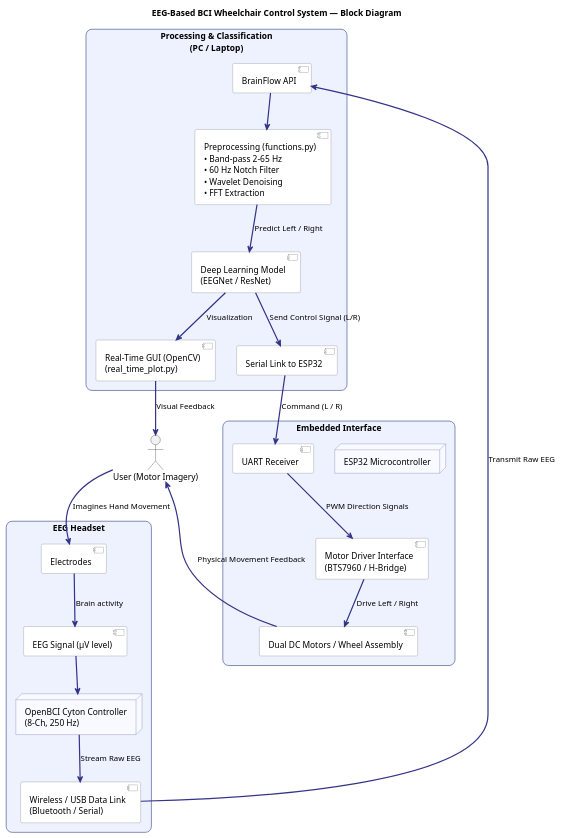
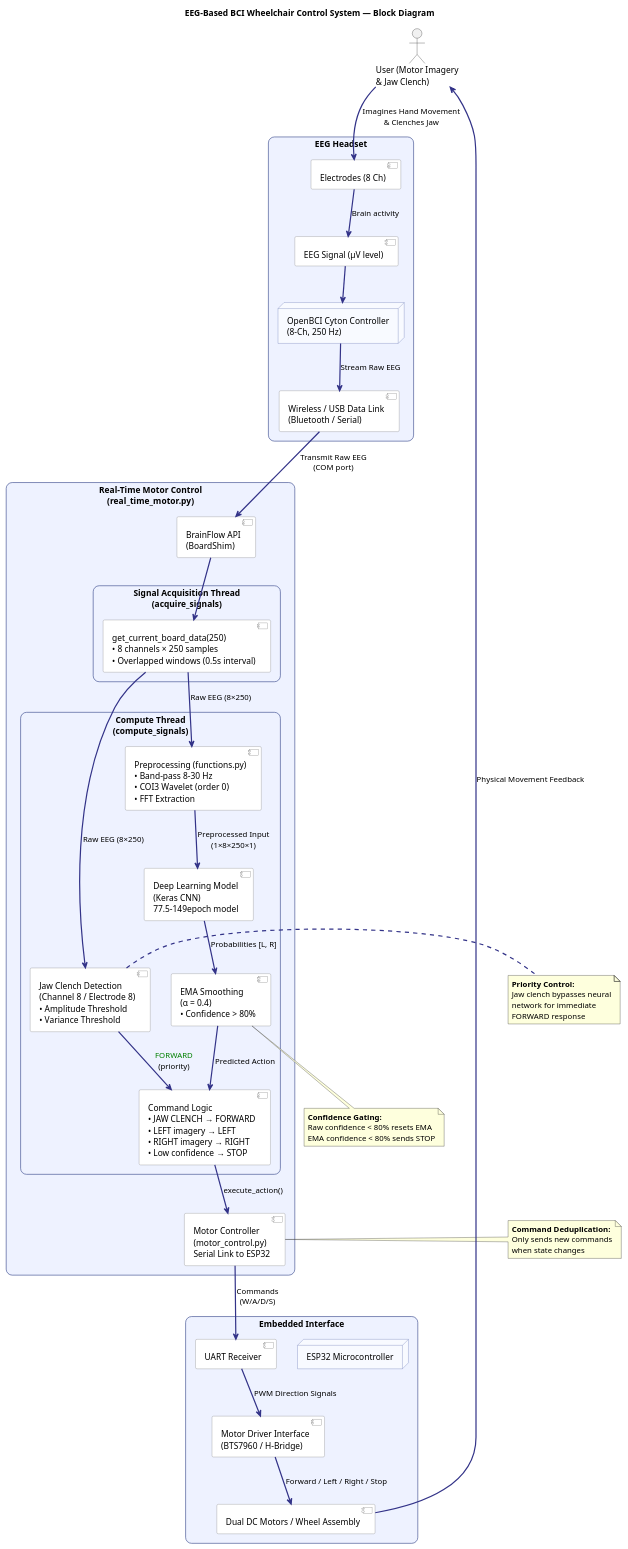
One commit to GreyMyers/EEG-Neural-Network changed the diagram in docs/flow.puml. Above: the diagram before and after it, drawn with PlantUML. The commit also changed 2 other files, not shown here.

Commit message:
updated flow and jaw function

```diff
--- a/docs/flow.puml
+++ b/docs/flow.puml
@@ -1,67 +1,103 @@
 @startuml
 title EEG-Based BCI Wheelchair Control System — Block Diagram
 
 skinparam rectangle {
   BackgroundColor #EEF2FF
   BorderColor #334488
   RoundCorner 20
 }
 skinparam node {
   BackgroundColor #F8FAFF
   BorderColor #5566AA
   RoundCorner 15
 }
 skinparam component {
   BackgroundColor #FFFFFF
   BorderColor #777777
 }
 skinparam arrow {
   Thickness 2
   Color #333388
 }
 
-actor "User (Motor Imagery)" as User
+actor "User (Motor Imagery\n& Jaw Clench)" as User
 
 rectangle "EEG Headset" as Headset {
-  component "Electrodes" as Electrodes
+  component "Electrodes (8 Ch)" as Electrodes
   node "OpenBCI Cyton Controller\n(8-Ch, 250 Hz)" as Cyton
   component "Wireless / USB Data Link\n(Bluetooth / Serial)" as Comms
   component "EEG Signal (μV level)" as EEG
 
   ' Data flow inside the headset
   Electrodes --> EEG : Brain activity
   EEG --> Cyton
   Cyton --> Comms : Stream Raw EEG
 }
 
-rectangle "Processing & Classification\n(PC / Laptop)" as PC {
-  component "BrainFlow API" as Brainflow
-  component "Preprocessing (functions.py)\n• Band-pass 2–65 Hz\n• 60 Hz Notch Filter\n• Wavelet Denoising\n• FFT Extraction" as Preprocess
-  component "Deep Learning Model\n(EEGNet / ResNet)" as Model
-  component "Real-Time GUI (OpenCV)\n(real_time_plot.py)" as GUI
-  component "Serial Link to ESP32" as SerialPC
-
-  Brainflow --> Preprocess
-  Preprocess --> Model : Predict Left / Right
-  Model --> GUI : Visualization
-  Model --> SerialPC : Send Control Signal (L/R)
+rectangle "Real-Time Motor Control\n(real_time_motor.py)" as PC {
+  component "BrainFlow API\n(BoardShim)" as Brainflow
+  
+  rectangle "Signal Acquisition Thread\n(acquire_signals)" as AcqThread {
+    component "get_current_board_data(250)\n• 8 channels × 250 samples\n• Overlapped windows (0.5s interval)" as DataBuffer
+  }
+  
+  rectangle "Compute Thread\n(compute_signals)" as CompThread {
+    component "Jaw Clench Detection\n(Channel 8 / Electrode 8)\n• Amplitude Threshold\n• Variance Threshold" as JawDetect
+    
+    component "Preprocessing (functions.py)\n• Band-pass 8–30 Hz\n• COI3 Wavelet (order 0)\n• FFT Extraction" as Preprocess
+    
+    component "Deep Learning Model\n(Keras CNN)\n77.5-149epoch model" as Model
+    
+    component "EMA Smoothing\n(α = 0.4)\n• Confidence > 80%" as EMA
+    
+    component "Command Logic\n• JAW CLENCH → FORWARD\n• LEFT imagery → LEFT\n• RIGHT imagery → RIGHT\n• Low confidence → STOP" as CommandLogic
+  }
+  
+  component "Motor Controller\n(motor_control.py)\nSerial Link to ESP32" as MotorCtrl
+  
+  Brainflow --> DataBuffer
+  DataBuffer --> JawDetect : Raw EEG (8×250)
+  JawDetect --> CommandLogic : <color:green>FORWARD</color>\n(priority)
+  DataBuffer --> Preprocess : Raw EEG (8×250)
+  Preprocess --> Model : Preprocessed Input\n(1×8×250×1)
+  Model --> EMA : Probabilities [L, R]
+  EMA --> CommandLogic : Predicted Action
+  CommandLogic --> MotorCtrl : execute_action()
 }
 
 rectangle "Embedded Interface" as ESP {
   node "ESP32 Microcontroller" as MCU
   component "UART Receiver" as UART
   component "Motor Driver Interface\n(BTS7960 / H-Bridge)" as MotorIF
   component "Dual DC Motors / Wheel Assembly" as Motors
 
-  SerialPC --> UART : Command (L / R)
+  MotorCtrl --> UART : Commands\n(W/A/D/S)
   UART --> MotorIF : PWM Direction Signals
-  MotorIF --> Motors : Drive Left / Right
+  MotorIF --> Motors : Forward / Left / Right / Stop
 }
 
 ' --- Flow Connections ---
-User --> Electrodes : Imagines Hand Movement
-Comms --> Brainflow : Transmit Raw EEG
-GUI --> User : Visual Feedback
+User --> Electrodes : Imagines Hand Movement\n& Clenches Jaw
+Comms --> Brainflow : Transmit Raw EEG\n(COM port)
 Motors --> User : Physical Movement Feedback
 
+note right of JawDetect
+  **Priority Control:**
+  Jaw clench bypasses neural
+  network for immediate
+  FORWARD response
+end note
+
+note bottom of EMA
+  **Confidence Gating:**
+  Raw confidence < 80% resets EMA
+  EMA confidence < 80% sends STOP
+end note
+
+note right of MotorCtrl
+  **Command Deduplication:**
+  Only sends new commands
+  when state changes
+end note
+
 @enduml
```
